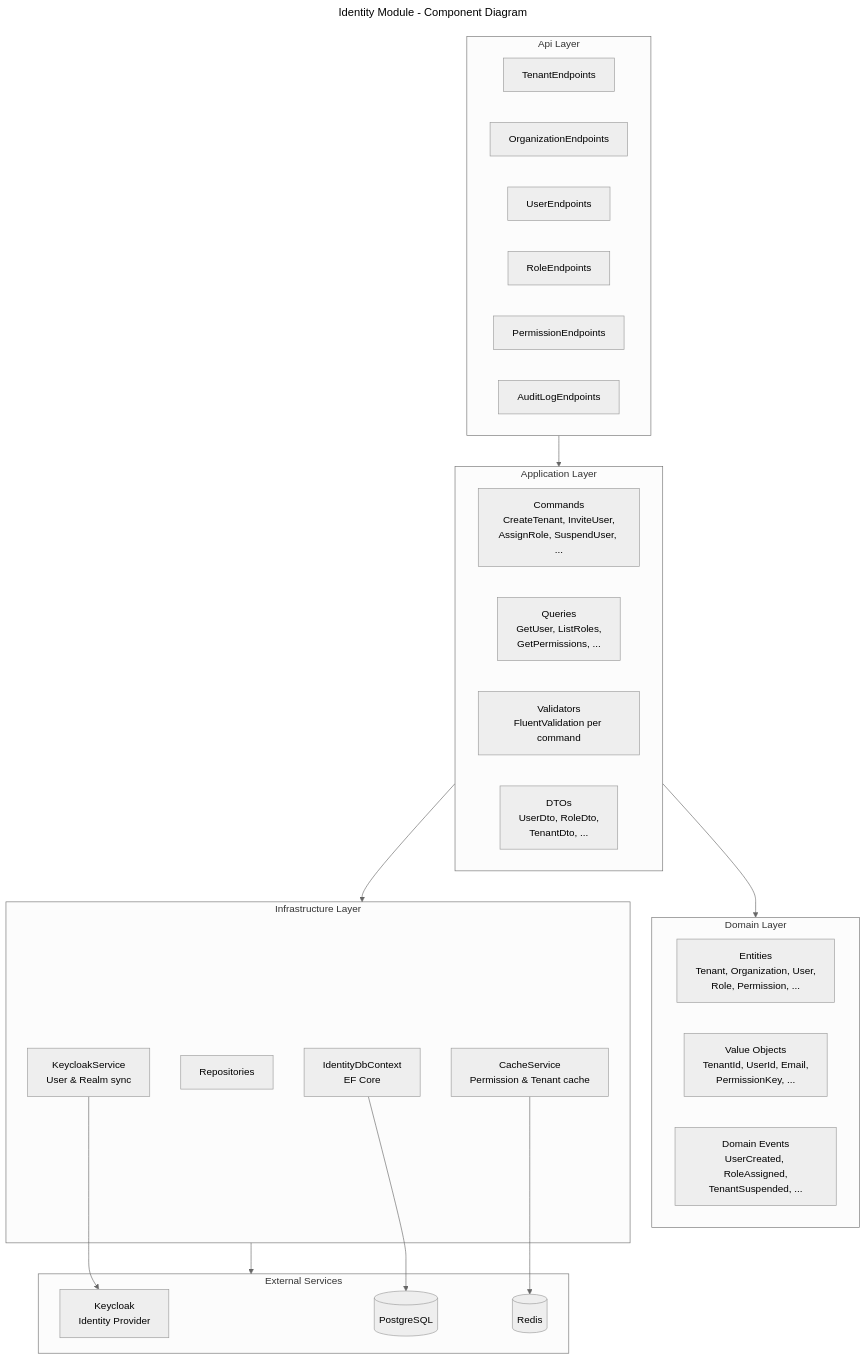
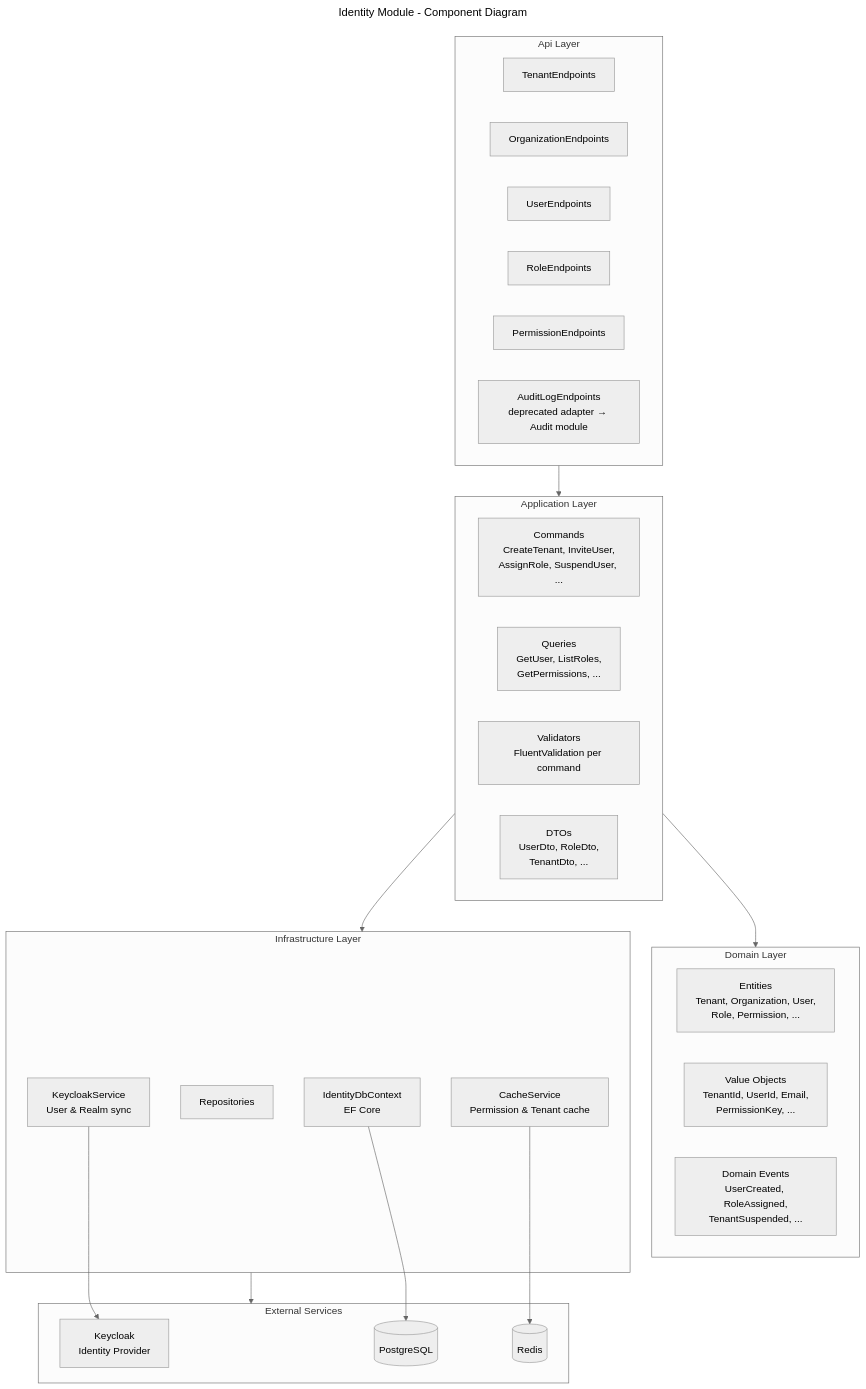
One commit to cemililik/Nexora changed the seventh of 8 diagrams in docs/modules/identity/SPEC.md. Above: the diagram before and after it, drawn with Mermaid (neutral theme). The commit also changed 39 other files, not shown here.

````diff
--- a/docs/modules/identity/SPEC.md
+++ b/docs/modules/identity/SPEC.md
@@ -278,49 +278,49 @@
 ```mermaid
 ---
 title: Identity Module - Component Diagram
 ---
 flowchart TD
     subgraph Api["Api Layer"]
         TE[TenantEndpoints]
         OE[OrganizationEndpoints]
         UE[UserEndpoints]
         RE[RoleEndpoints]
         PE[PermissionEndpoints]
-        ALE[AuditLogEndpoints]
+        ALE[AuditLogEndpoints<br/>deprecated adapter → Audit module]
     end
 
     subgraph Application["Application Layer"]
         CMD[Commands<br/>CreateTenant, InviteUser,<br/>AssignRole, SuspendUser, ...]
         QRY[Queries<br/>GetUser, ListRoles,<br/>GetPermissions, ...]
         VAL[Validators<br/>FluentValidation per command]
         DTO[DTOs<br/>UserDto, RoleDto,<br/>TenantDto, ...]
     end
 
     subgraph Domain["Domain Layer"]
         ENT[Entities<br/>Tenant, Organization, User,<br/>Role, Permission, ...]
         VO[Value Objects<br/>TenantId, UserId, Email,<br/>PermissionKey, ...]
         EVT[Domain Events<br/>UserCreated, RoleAssigned,<br/>TenantSuspended, ...]
     end
 
     subgraph Infrastructure["Infrastructure Layer"]
         DBC[IdentityDbContext<br/>EF Core]
         REPO[Repositories]
         KCS[KeycloakService<br/>User & Realm sync]
         CACHE[CacheService<br/>Permission & Tenant cache]
     end
 
     subgraph External["External Services"]
         KC[Keycloak<br/>Identity Provider]
         PG[(PostgreSQL)]
         RD[(Redis)]
     end
 
     Api --> Application
     Application --> Domain
     Application --> Infrastructure
     Infrastructure --> External
 
     KCS --> KC
     DBC --> PG
     CACHE --> RD
 ```
````
